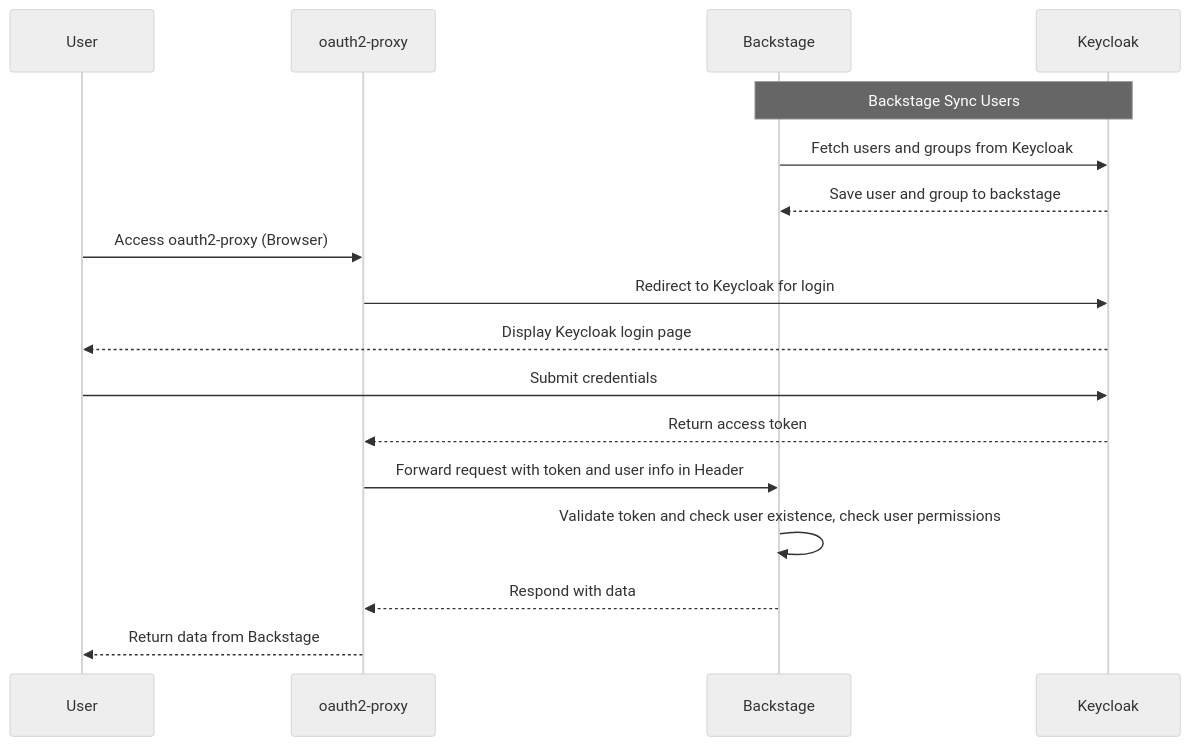
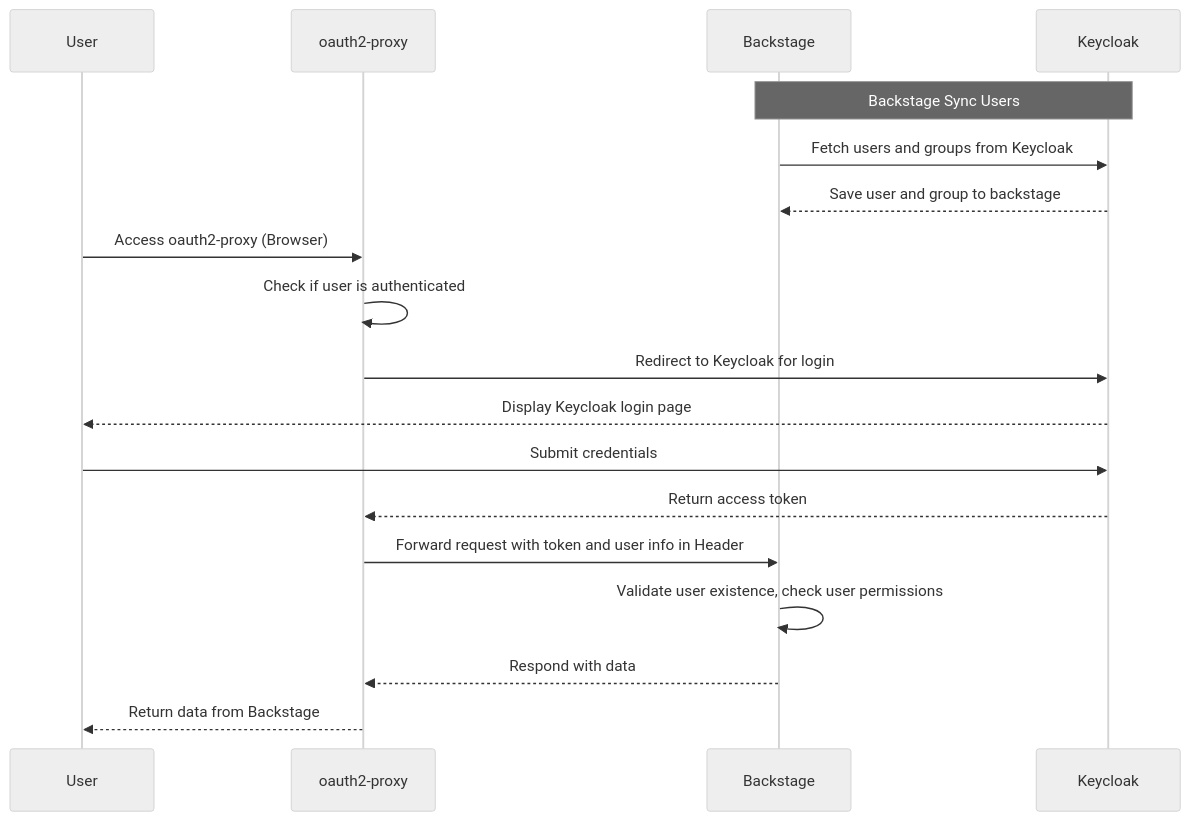
The diagram in content/blog/backstage-oauth2-proxy-keycloak.md (xlabs-club/xlabs-club.github.io), drawn with Mermaid (neutral theme) before and after one commit. The commit also changed other lines of this file, not shown here.

Commit message:
update backstage

````diff
--- a/content/blog/backstage-oauth2-proxy-keycloak.md
+++ b/content/blog/backstage-oauth2-proxy-keycloak.md
@@ -52,22 +52,23 @@
 ```mermaid
 sequenceDiagram
     participant User as User
     participant proxy as oauth2-proxy
     participant Backstage as Backstage
     participant Keycloak as Keycloak
 
     Note over Backstage,Keycloak: Backstage Sync Users
     Backstage->>Keycloak: Fetch users and groups from Keycloak
     Keycloak-->>Backstage: Save user and group to backstage
 
     User->>proxy: Access oauth2-proxy (Browser)
+    proxy->>proxy: Check if user is authenticated
     proxy->>Keycloak: Redirect to Keycloak for login
     Keycloak-->>User: Display Keycloak login page
     User->>Keycloak: Submit credentials
     Keycloak-->>proxy: Return access token
     proxy->>Backstage: Forward request with token and user info in Header
-    Backstage->>Backstage: Validate token and check user existence, check user permissions
+    Backstage->>Backstage: Validate user existence, check user permissions
     Backstage-->>proxy: Respond with data
     proxy-->>User: Return data from Backstage
 
 ```
````
